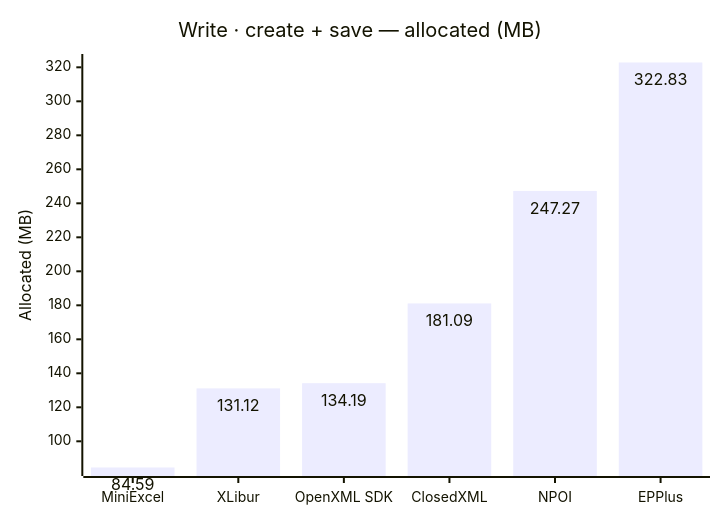
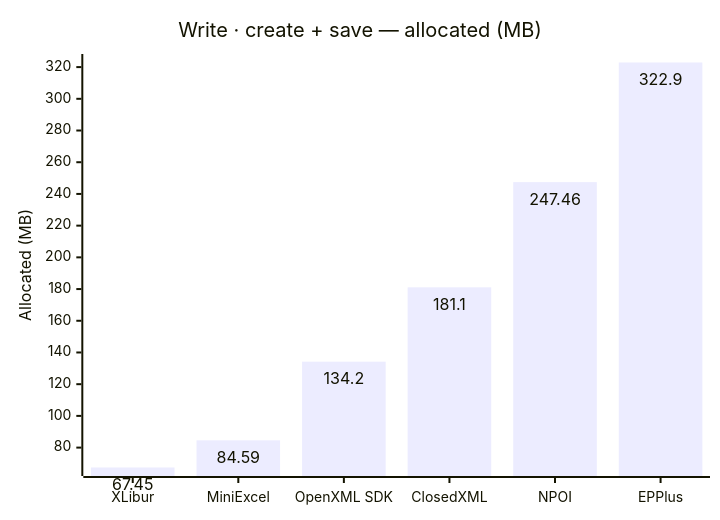
One commit to jafin/XLBench changed the sixth of 8 diagrams in docs/results.md. Above: the diagram before and after it, drawn with Mermaid. The commit also changed other lines of this file and 1 other file, not shown here.

````diff
--- a/docs/results.md
+++ b/docs/results.md
@@ -99,12 +99,12 @@
 ```mermaid
 ---
 config:
   xyChart:
     showDataLabel: true
 ---
 xychart-beta
     title "Write · create + save — allocated (MB)"
-    x-axis ["MiniExcel", "XLibur", "OpenXML SDK", "ClosedXML", "NPOI", "EPPlus"]
+    x-axis ["XLibur", "MiniExcel", "OpenXML SDK", "ClosedXML", "NPOI", "EPPlus"]
     y-axis "Allocated (MB)"
-    bar [84.59, 131.12, 134.19, 181.09, 247.27, 322.83]
+    bar [67.45, 84.59, 134.2, 181.1, 247.46, 322.9]
 ```
````
